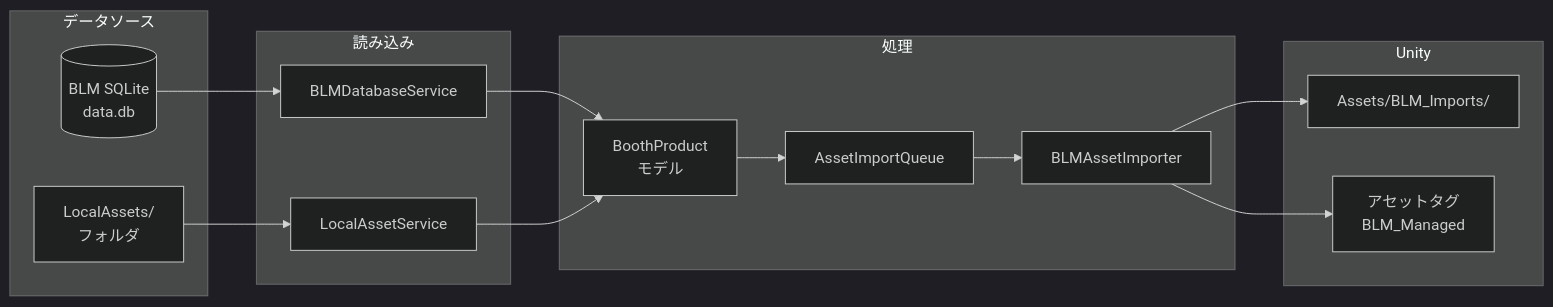
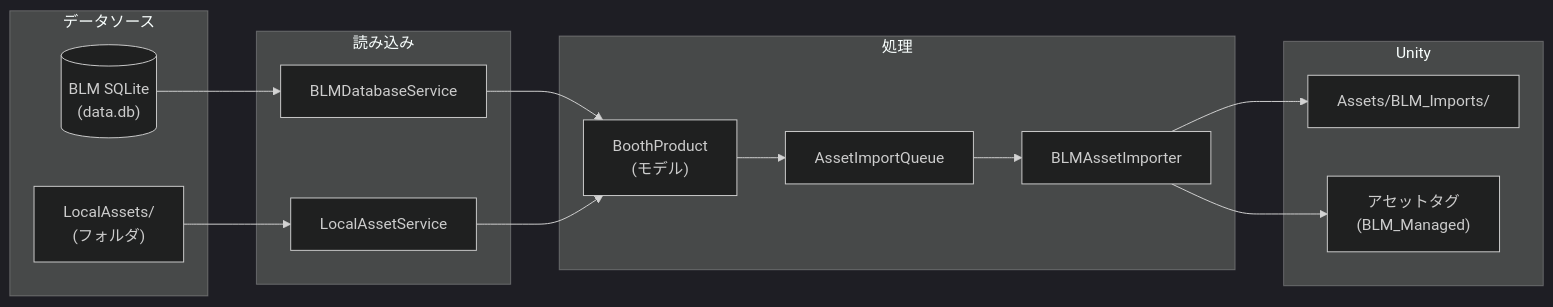
Before and after one commit to moruton1119/com.morulab.unity-tools: the second of 3 diagrams in README.md, drawn with Mermaid (dark theme). The commit also changed other lines of this file, not shown here.

````diff
--- a/README.md
+++ b/README.md
@@ -83,28 +83,28 @@
 ```mermaid
 flowchart LR
-    subgraph Sources["データソース"]
-        A1[(BLM SQLite<br/>data.db)]
-        A2[LocalAssets/<br/>フォルダ]
+    subgraph Sources[データソース]
+        A1[("BLM SQLite\n(data.db)")]
+        A2["LocalAssets/\n(フォルダ)"]
     end
     
-    subgraph Load["読み込み"]
+    subgraph Load[読み込み]
         B1[BLMDatabaseService]
         B2[LocalAssetService]
     end
     
-    subgraph Process["処理"]
-        C1[BoothProduct<br/>モデル]
+    subgraph Process[処理]
+        C1["BoothProduct\n(モデル)"]
         C2[AssetImportQueue]
         C3[BLMAssetImporter]
     end
     
-    subgraph Unity["Unity"]
-        D1[Assets/BLM_Imports/]
-        D2[アセットタグ<br/>BLM_Managed]
+    subgraph Unity[Unity]
+        D1["Assets/BLM_Imports/"]
+        D2["アセットタグ\n(BLM_Managed)"]
     end
     
     A1 --> B1 --> C1
     A2 --> B2 --> C1
     C1 --> C2 --> C3 --> D1
     C3 --> D2
 ```
````
